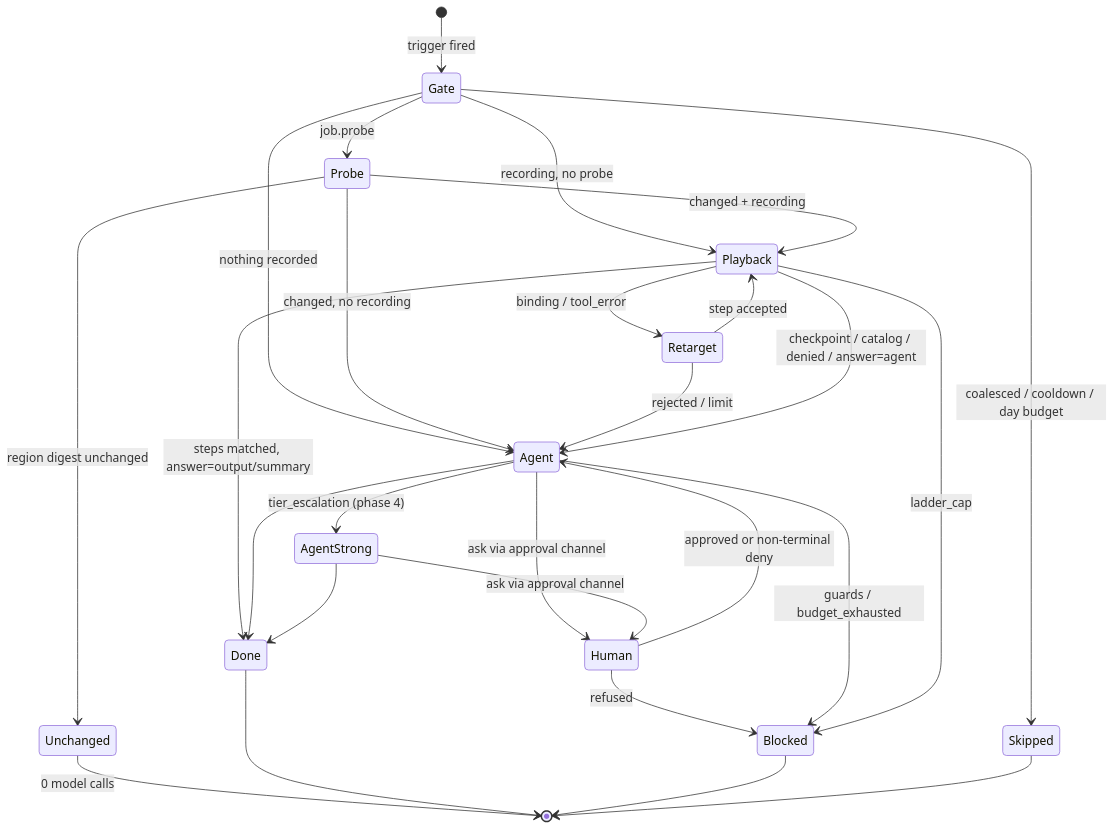
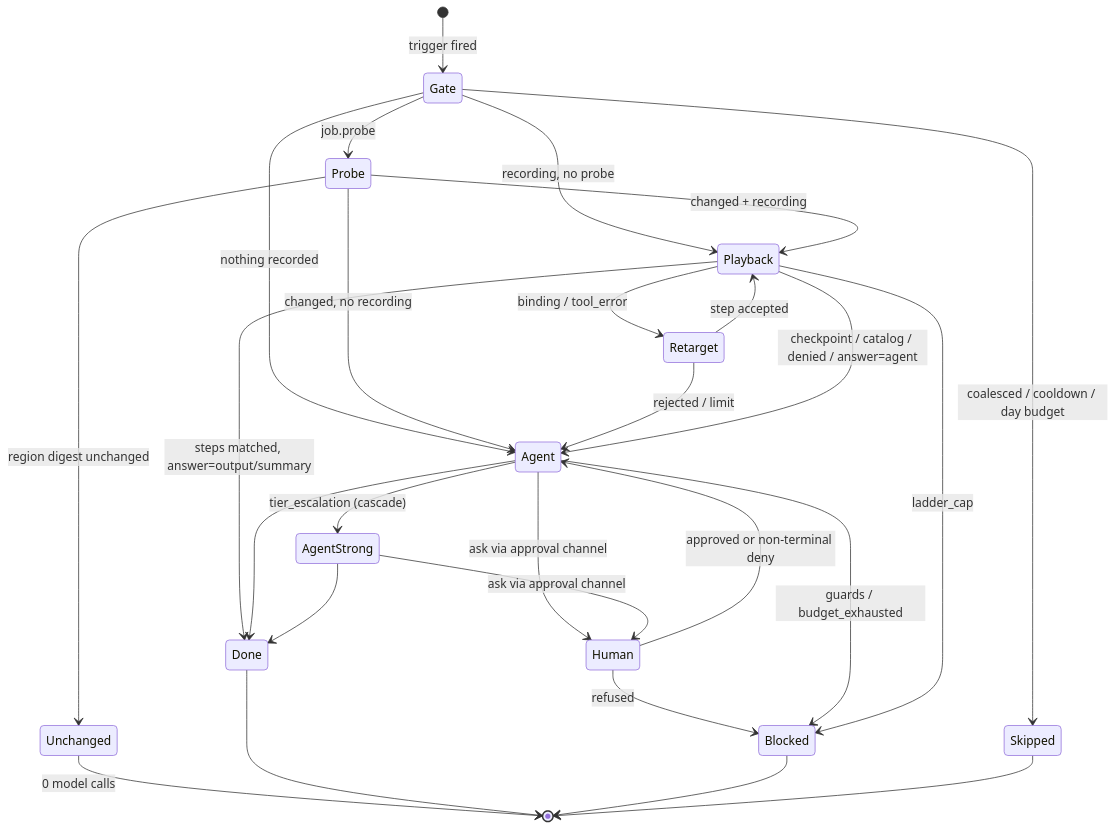
Before and after one commit to Hastur456/AutoBrowser: the second of 6 diagrams in docs/diagrams/serve-mode.md, drawn with Mermaid. The commit also changed other lines of this file and 14 other files, not shown here.

````diff
--- a/docs/diagrams/serve-mode.md
+++ b/docs/diagrams/serve-mode.md
@@ -82,29 +95,29 @@
 ```mermaid
 stateDiagram-v2
   [*] --> Gate: trigger fired
   Gate --> Skipped: coalesced / cooldown / day budget
   Gate --> Probe: job.probe
   Gate --> Playback: recording, no probe
   Gate --> Agent: nothing recorded
   Probe --> Unchanged: region digest unchanged
   Probe --> Playback: changed + recording
   Probe --> Agent: changed, no recording
   Unchanged --> [*]: 0 model calls
   Playback --> Done: steps matched, answer=output/summary
   Playback --> Retarget: binding / tool_error
   Retarget --> Playback: step accepted
   Retarget --> Agent: rejected / limit
   Playback --> Agent: checkpoint / catalog / denied / answer=agent
-  Agent --> AgentStrong: tier_escalation (phase 4)
+  Agent --> AgentStrong: tier_escalation (cascade)
   Agent --> Human: ask via approval channel
   AgentStrong --> Human: ask via approval channel
   Human --> Agent: approved or non-terminal deny
   Human --> Blocked: refused
   Agent --> Done
   AgentStrong --> Done
   Agent --> Blocked: guards / budget_exhausted
   Playback --> Blocked: ladder_cap
   Done --> [*]
   Blocked --> [*]
   Skipped --> [*]
 ```
````
